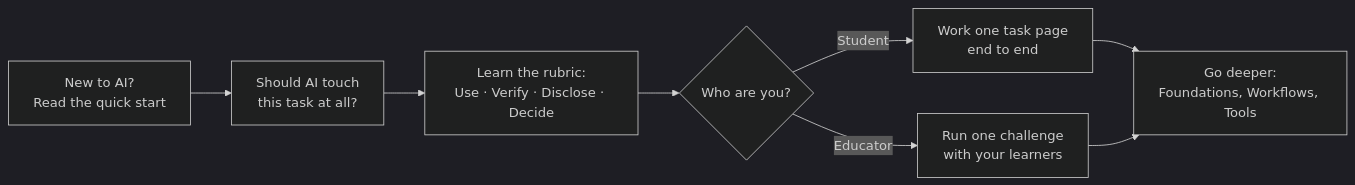
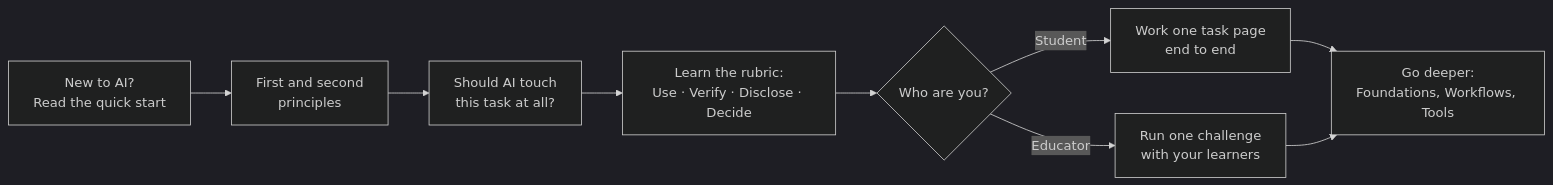
The first of 2 diagrams in docs/start-here/index.md (clarkngo/applied-ai-field-guide), drawn with Mermaid (dark theme) before and after one commit. The commit also changed other lines of this file and 7 other files, not shown here.

Commit message:
Link principles pages across the guide and renumber Start Here

````diff
--- a/docs/start-here/index.md
+++ b/docs/start-here/index.md
@@ -40,10 +40,11 @@
 ```mermaid
 flowchart LR
-  A["New to AI?<br/>Read the quick start"] --> B["Should AI touch<br/>this task at all?"]
+  A["New to AI?<br/>Read the quick start"] --> FP["First and second<br/>principles"]
+  FP --> B["Should AI touch<br/>this task at all?"]
   B --> C["Learn the rubric:<br/>Use · Verify · Disclose · Decide"]
   C --> D{"Who are you?"}
   D -->|Student| E["Work one task page<br/>end to end"]
   D -->|Educator| F["Run one challenge<br/>with your learners"]
   E --> G["Go deeper:<br/>Foundations, Workflows, Tools"]
   F --> G
 ```
````
